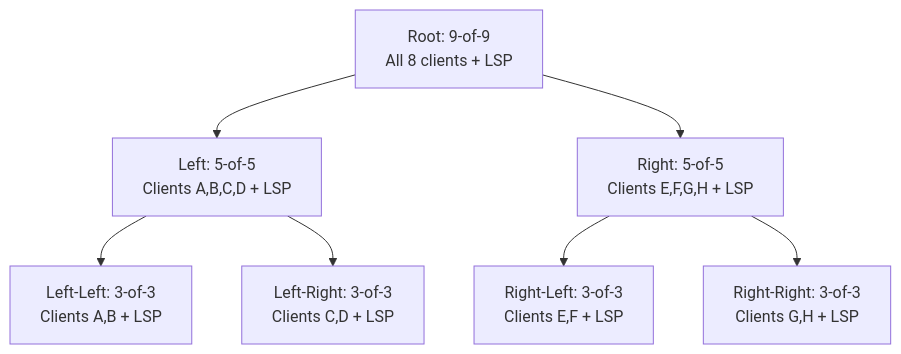
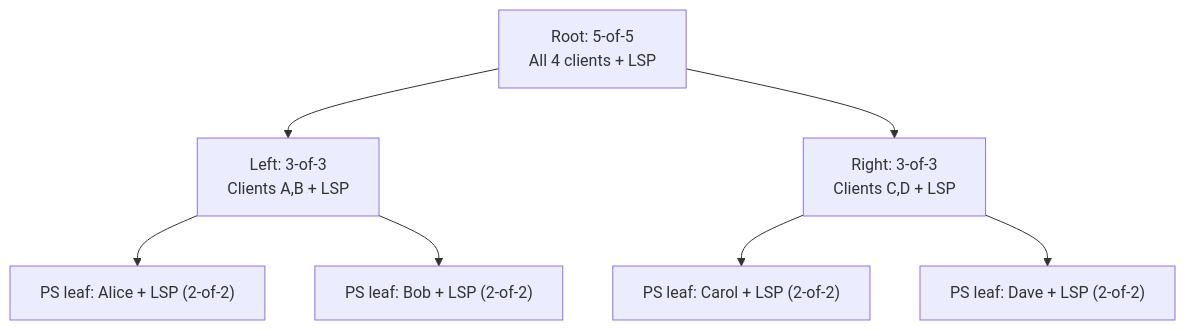
The first of 3 diagrams in core-concepts/factory-tree-topology.md (8144225309/superscalar-docs), drawn with Mermaid before and after one commit. The commit also changed other lines of this file and 28 other files, not shown here.

First line of the commit message:
docs: full overhaul — accuracy + PS-leaf diagrams + drift fixes + operational-security (#27)

````diff
--- a/core-concepts/factory-tree-topology.md
+++ b/core-concepts/factory-tree-topology.md
@@ -14,10 +15,10 @@
 ```mermaid
 graph TD
-    R["Root: 9-of-9<br/>All 8 clients + LSP"]
-    R --> L["Left: 5-of-5<br/>Clients A,B,C,D + LSP"]
-    R --> Ri["Right: 5-of-5<br/>Clients E,F,G,H + LSP"]
-    L --> LL["Left-Left: 3-of-3<br/>Clients A,B + LSP"]
-    L --> LR["Left-Right: 3-of-3<br/>Clients C,D + LSP"]
-    Ri --> RL["Right-Left: 3-of-3<br/>Clients E,F + LSP"]
-    Ri --> RR["Right-Right: 3-of-3<br/>Clients G,H + LSP"]
+    R["Root: 5-of-5<br/>All 4 clients + LSP"]
+    R --> L["Left: 3-of-3<br/>Clients A,B + LSP"]
+    R --> Ri["Right: 3-of-3<br/>Clients C,D + LSP"]
+    L --> LA["PS leaf: Alice + LSP (2-of-2)"]
+    L --> LB["PS leaf: Bob + LSP (2-of-2)"]
+    Ri --> RC["PS leaf: Carol + LSP (2-of-2)"]
+    Ri --> RD["PS leaf: Dave + LSP (2-of-2)"]
 ```
````
